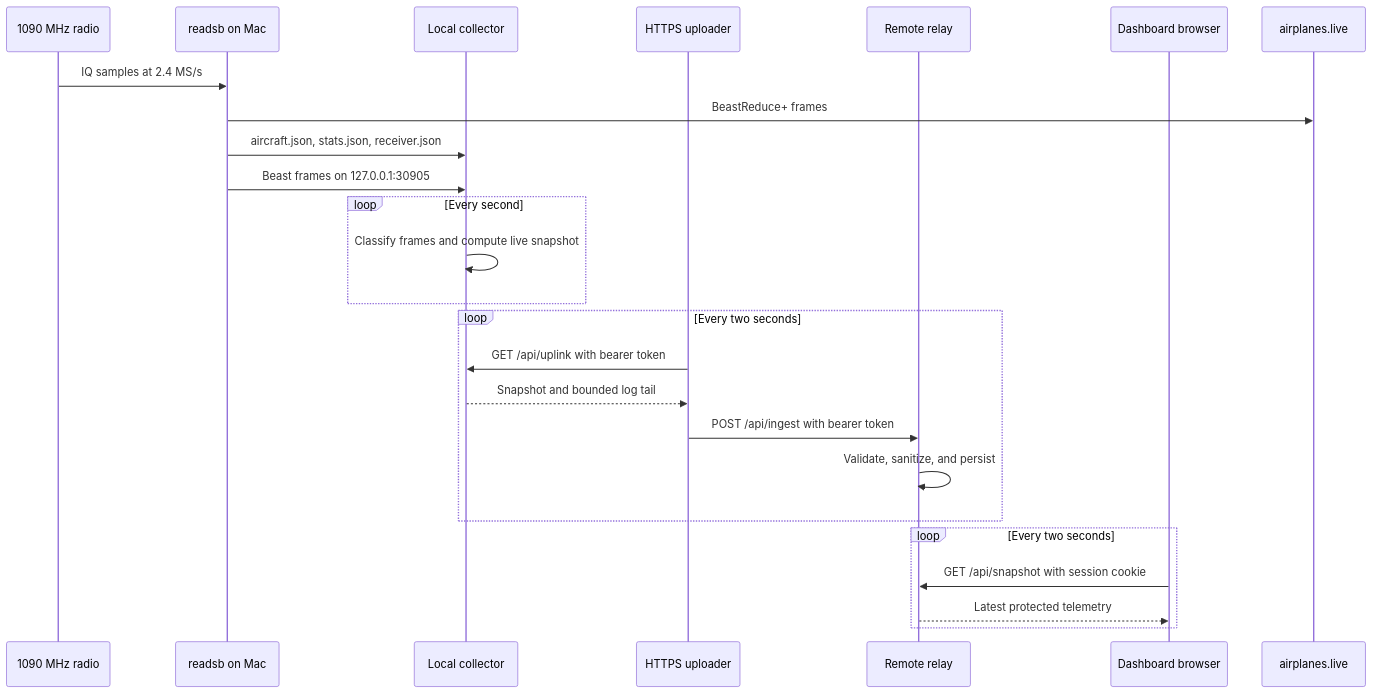
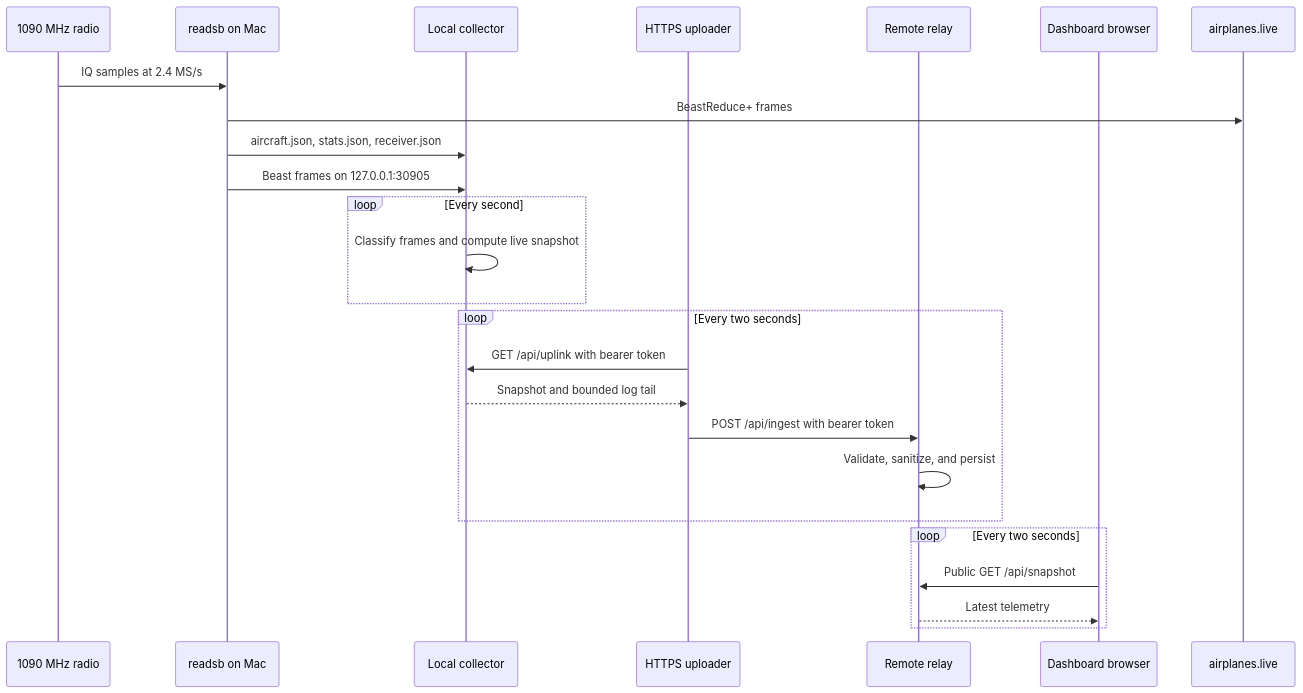
Before and after one commit to ramideltoro/antenna_observatory: the first of 3 diagrams in wiki-site/docs/data-pipeline.md, drawn with Mermaid. The commit also changed 44 other files, not shown here.

````diff
--- a/wiki-site/docs/data-pipeline.md
+++ b/wiki-site/docs/data-pipeline.md
@@ -5,28 +5,28 @@
 ```mermaid
 sequenceDiagram
     participant Radio as 1090 MHz radio
     participant Readsb as readsb on Mac
     participant Collector as Local collector
     participant Uploader as HTTPS uploader
     participant Relay as Remote relay
     participant Browser as Dashboard browser
     participant AL as airplanes.live
 
     Radio->>Readsb: IQ samples at 2.4 MS/s
     Readsb->>AL: BeastReduce+ frames
     Readsb->>Collector: aircraft.json, stats.json, receiver.json
     Readsb->>Collector: Beast frames on 127.0.0.1:30905
     loop Every second
       Collector->>Collector: Classify frames and compute live snapshot
     end
     loop Every two seconds
       Uploader->>Collector: GET /api/uplink with bearer token
       Collector-->>Uploader: Snapshot and bounded log tail
       Uploader->>Relay: POST /api/ingest with bearer token
       Relay->>Relay: Validate, sanitize, and persist
     end
     loop Every two seconds
-      Browser->>Relay: GET /api/snapshot with session cookie
-      Relay-->>Browser: Latest protected telemetry
+      Browser->>Relay: Public GET /api/snapshot
+      Relay-->>Browser: Latest telemetry
     end
 ```
````
